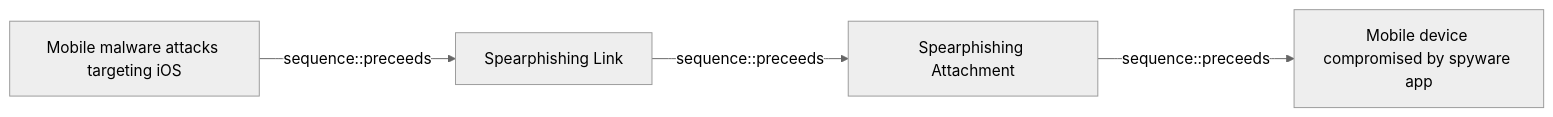
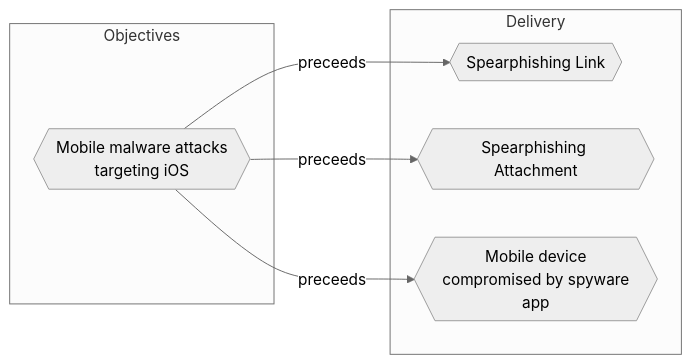
Before and after one commit to opentidehq/library: the diagram in docs/threats/mobile-malware-attacks-targeting-ios.md, drawn with Mermaid (neutral theme). The commit also changed other lines of this file and 540 other files, not shown here.

````diff
--- a/docs/threats/mobile-malware-attacks-targeting-ios.md
+++ b/docs/threats/mobile-malware-attacks-targeting-ios.md
@@ -158,10 +168,14 @@
 ```mermaid
 flowchart LR
-ef4ba2bf_dfcb_4b70_8f45_7625baeb96d0["Mobile malware attacks targeting iOS"]
-1a68b5eb_0112_424d_a21f_88dda0b6b8df["Spearphishing Link"]
-dd5d942c_bac4_4000_b9a6_ca4fef6cfb84["Spearphishing Attachment"]
-99c78650_8e19_4756_90fb_2573242577ca["Mobile device compromised by spyware app"]
-ef4ba2bf_dfcb_4b70_8f45_7625baeb96d0 -->|sequence::preceeds| 1a68b5eb_0112_424d_a21f_88dda0b6b8df
-1a68b5eb_0112_424d_a21f_88dda0b6b8df -->|sequence::preceeds| dd5d942c_bac4_4000_b9a6_ca4fef6cfb84
-dd5d942c_bac4_4000_b9a6_ca4fef6cfb84 -->|sequence::preceeds| 99c78650_8e19_4756_90fb_2573242577ca
+subgraph "Objectives"
+ef4ba2bf_dfcb_4b70_8f45_7625baeb96d0{{"Mobile malware attacks<br>targeting iOS"}}
+end
+subgraph "Delivery"
+1a68b5eb_0112_424d_a21f_88dda0b6b8df{{"Spearphishing Link"}}
+dd5d942c_bac4_4000_b9a6_ca4fef6cfb84{{"Spearphishing Attachment"}}
+99c78650_8e19_4756_90fb_2573242577ca{{"Mobile device<br>compromised by spyware<br>app"}}
+end
+ef4ba2bf_dfcb_4b70_8f45_7625baeb96d0 -->|preceeds| 1a68b5eb_0112_424d_a21f_88dda0b6b8df
+ef4ba2bf_dfcb_4b70_8f45_7625baeb96d0 -->|preceeds| dd5d942c_bac4_4000_b9a6_ca4fef6cfb84
+ef4ba2bf_dfcb_4b70_8f45_7625baeb96d0 -->|preceeds| 99c78650_8e19_4756_90fb_2573242577ca
 ```
````
